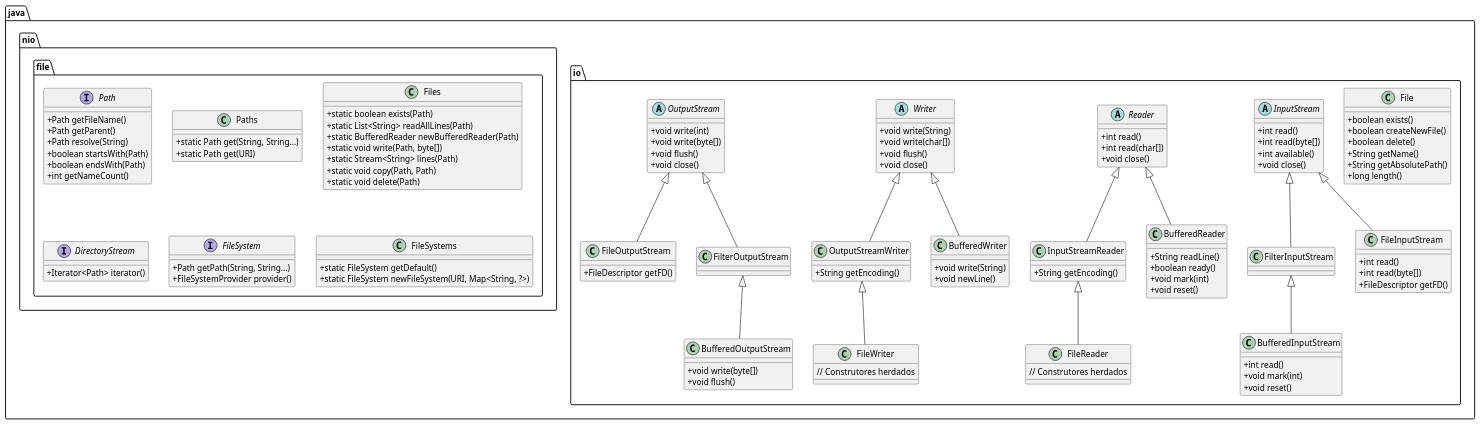
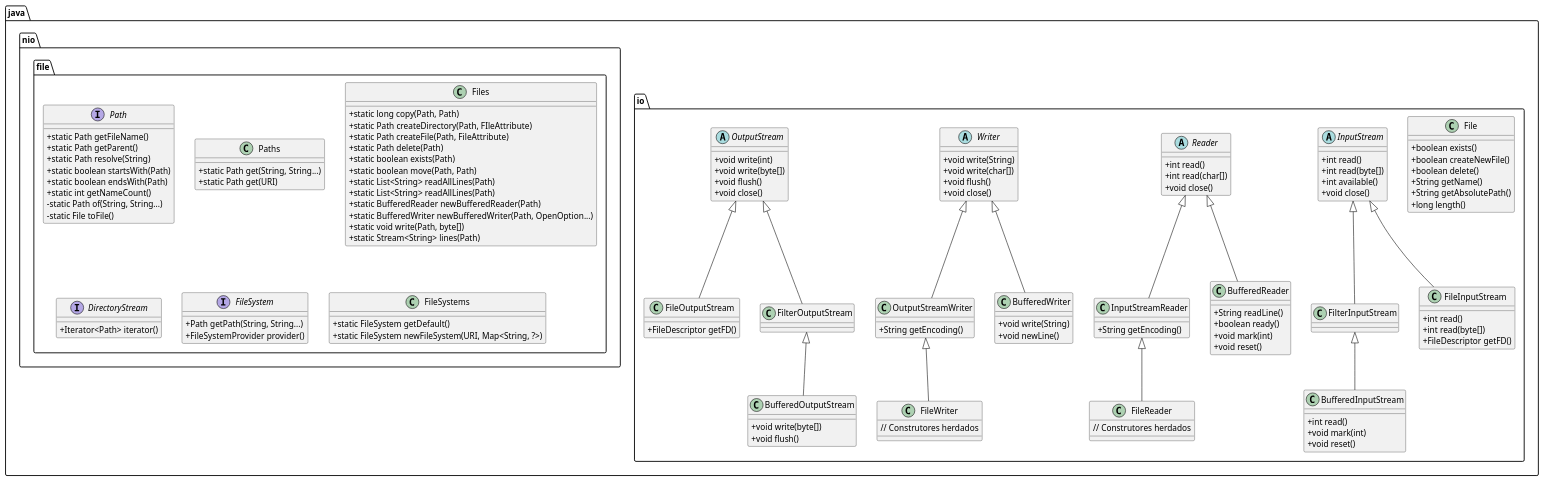
The diagram in lectures/examples/12-file/doc/file.plantuml (caioamorim7/poo), drawn with PlantUML before and after one commit. The commit also changed 1 other file, not shown here.

```diff
--- a/lectures/examples/12-file/doc/file.plantuml
+++ b/lectures/examples/12-file/doc/file.plantuml
@@ -1,137 +1,144 @@
 @startuml
 skinparam classAttributeIconSize 0
 
 package "java.io" {
 
     class File {
         +boolean exists()
         +boolean createNewFile()
         +boolean delete()
         +String getName()
         +String getAbsolutePath()
         +long length()
     }
 
     abstract class InputStream {
         +int read()
         +int read(byte[])
         +int available()
         +void close()
     }
 
     class FilterInputStream extends InputStream
 
     class BufferedInputStream extends FilterInputStream {
         +int read()
         +void mark(int)
         +void reset()
     }
 
     class FileInputStream extends InputStream {
         +int read()
         +int read(byte[])
         +FileDescriptor getFD()
     }
 
     abstract class Reader {
         +int read()
         +int read(char[])
         +void close()
     }
 
     class InputStreamReader extends Reader {
         +String getEncoding()
     }
 
     class FileReader extends InputStreamReader {
         // Construtores herdados
     }
 
     class BufferedReader extends Reader {
         +String readLine()
         +boolean ready()
         +void mark(int)
         +void reset()
     }
 
     abstract class Writer {
         +void write(String)
         +void write(char[])
         +void flush()
         +void close()
     }
 
     class OutputStreamWriter extends Writer {
         +String getEncoding()
     }
 
     class BufferedWriter extends Writer {
         +void write(String)
         +void newLine()
     }
 
     class FileWriter extends OutputStreamWriter {
         // Construtores herdados
     }
 
     abstract class OutputStream {
         +void write(int)
         +void write(byte[])
         +void flush()
         +void close()
     }
 
     class FileOutputStream extends OutputStream {
         +FileDescriptor getFD()
     }
 
     class FilterOutputStream extends OutputStream
 
     class BufferedOutputStream extends FilterOutputStream {
         +void write(byte[])
         +void flush()
     }
 }
 
 package "java.nio.file" {
 
     interface Path {
-        +Path getFileName()
-        +Path getParent()
-        +Path resolve(String)
-        +boolean startsWith(Path)
-        +boolean endsWith(Path)
-        +int getNameCount()
+        +static Path getFileName()
+        +static Path getParent()
+        +static Path resolve(String)
+        +static boolean startsWith(Path)
+        +static boolean endsWith(Path)
+        +static int getNameCount()
+        -static Path of(String, String...)
+        -static File toFile()
     }
 
     class Paths {
         +static Path get(String, String...)
         +static Path get(URI)
     }
 
     class Files {
+        +static long copy(Path, Path)
+        +static Path createDirectory(Path, FIleAttribute)
+        +static Path createFile(Path, FileAttribute)
+        +static Path delete(Path)
         +static boolean exists(Path)
+        +static boolean move(Path, Path)
+        +static List<String> readAllLines(Path)
         +static List<String> readAllLines(Path)
         +static BufferedReader newBufferedReader(Path)
+        +static BufferedWriter newBufferedWriter(Path, OpenOption...)
         +static void write(Path, byte[])
         +static Stream<String> lines(Path)
-        +static void copy(Path, Path)
-        +static void delete(Path)
     }
 
     interface DirectoryStream {
         +Iterator<Path> iterator()
     }
 
     interface FileSystem {
         +Path getPath(String, String...)
         +FileSystemProvider provider()
     }
 
     class FileSystems {
         +static FileSystem getDefault()
         +static FileSystem newFileSystem(URI, Map<String, ?>)
     }
 }
 
 @enduml
```
